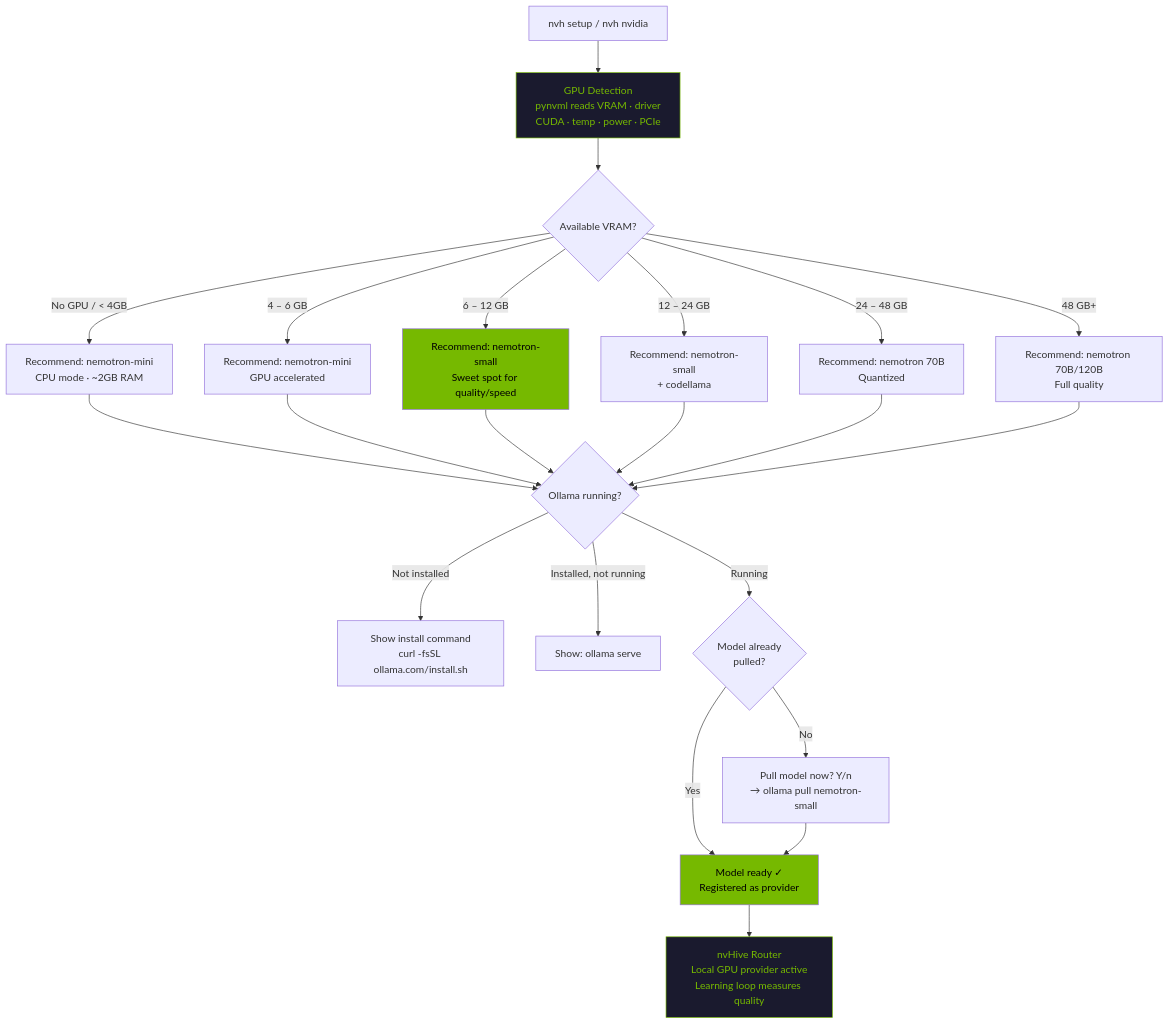
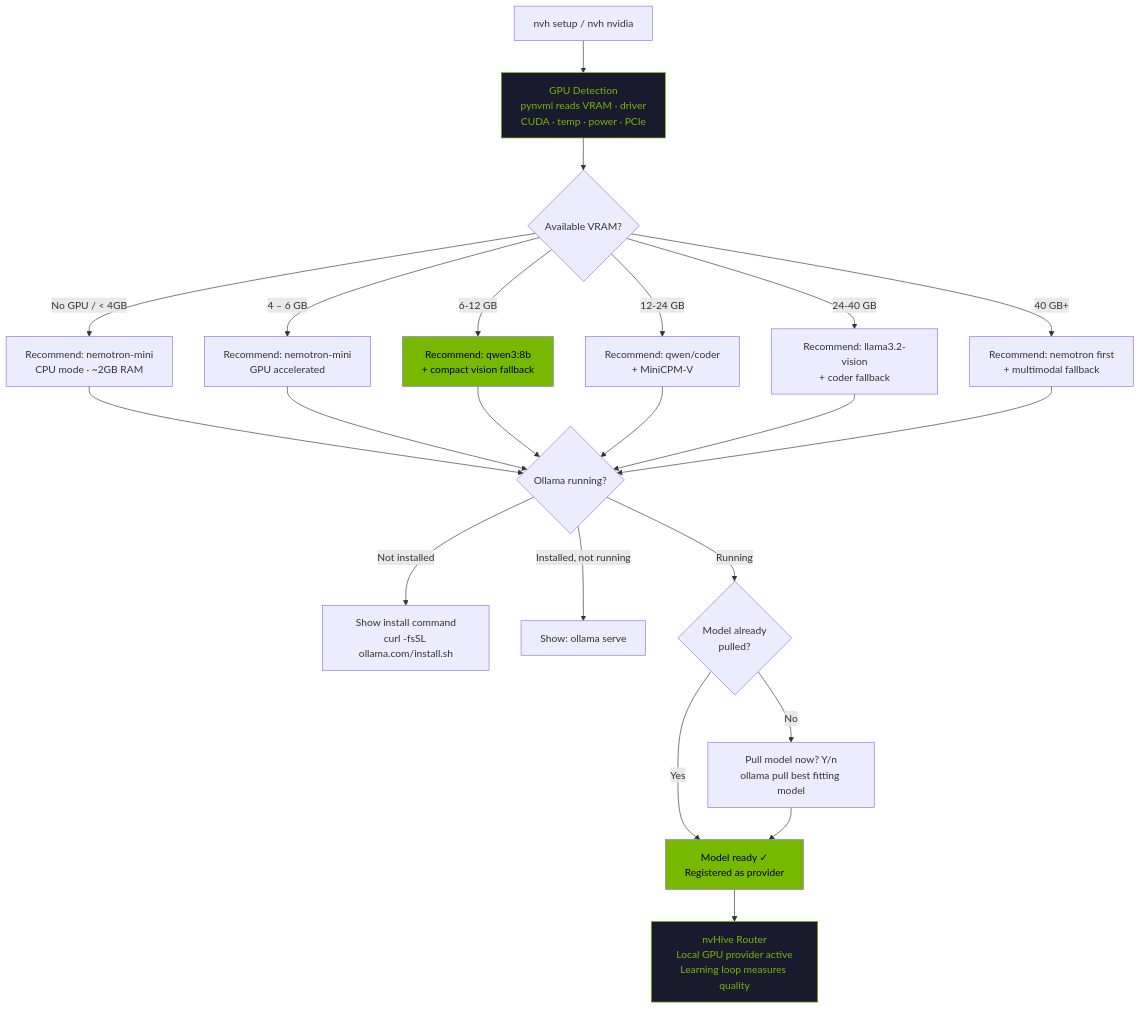
Before and after one commit to thatcooperguy/nvHive: the diagram in docs/GPU_DETECTION.md, drawn with Mermaid. The commit also changed other lines of this file and 39 other files, not shown here.

````diff
--- a/docs/GPU_DETECTION.md
+++ b/docs/GPU_DETECTION.md
@@ -11,37 +11,37 @@
 ```mermaid
 flowchart TB
     START[nvh setup / nvh nvidia] --> DETECT[GPU Detection<br/>pynvml reads VRAM · driver<br/>CUDA · temp · power · PCIe]
     
     DETECT --> VRAM{Available VRAM?}
     
     VRAM -->|No GPU / < 4GB| REC_MINI[Recommend: nemotron-mini<br/>CPU mode · ~2GB RAM]
     VRAM -->|4 – 6 GB| REC_MINI_GPU[Recommend: nemotron-mini<br/>GPU accelerated]
-    VRAM -->|6 – 12 GB| REC_SMALL[Recommend: nemotron-small<br/>Sweet spot for quality/speed]
-    VRAM -->|12 – 24 GB| REC_DUAL[Recommend: nemotron-small<br/>+ codellama]
-    VRAM -->|24 – 48 GB| REC_FULL[Recommend: nemotron 70B<br/>Quantized]
-    VRAM -->|48 GB+| REC_FLAG[Recommend: nemotron 70B/120B<br/>Full quality]
+    VRAM -->|6-12 GB| REC_SMALL[Recommend: qwen3:8b<br/>+ compact vision fallback]
+    VRAM -->|12-24 GB| REC_DUAL[Recommend: qwen/coder<br/>+ MiniCPM-V]
+    VRAM -->|24-40 GB| REC_FULL[Recommend: llama3.2-vision<br/>+ coder fallback]
+    VRAM -->|40 GB+| REC_FLAG[Recommend: nemotron first<br/>+ multimodal fallback]
 
     REC_MINI --> OLLAMA_CHECK
     REC_MINI_GPU --> OLLAMA_CHECK
     REC_SMALL --> OLLAMA_CHECK
     REC_DUAL --> OLLAMA_CHECK
     REC_FULL --> OLLAMA_CHECK
     REC_FLAG --> OLLAMA_CHECK
     
     OLLAMA_CHECK{Ollama running?}
     
     OLLAMA_CHECK -->|Not installed| INSTALL[Show install command<br/>curl -fsSL ollama.com/install.sh]
     OLLAMA_CHECK -->|Installed, not running| START_OLL[Show: ollama serve]
     OLLAMA_CHECK -->|Running| MODEL_CHECK{Model already<br/>pulled?}
     
     MODEL_CHECK -->|Yes| READY[Model ready ✓<br/>Registered as provider]
-    MODEL_CHECK -->|No| PULL[Pull model now? Y/n<br/>→ ollama pull nemotron-small]
+    MODEL_CHECK -->|No| PULL[Pull model now? Y/n<br/>ollama pull best fitting model]
     PULL --> READY
     
     READY --> ROUTE[nvHive Router<br/>Local GPU provider active<br/>Learning loop measures quality]
     
     style REC_SMALL fill:#76B900,color:#000
     style DETECT fill:#1a1a2e,color:#76B900,stroke:#76B900
     style READY fill:#76B900,color:#000
     style ROUTE fill:#1a1a2e,color:#76B900,stroke:#76B900
 ```
````
